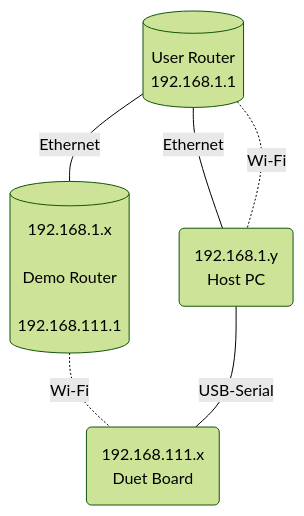
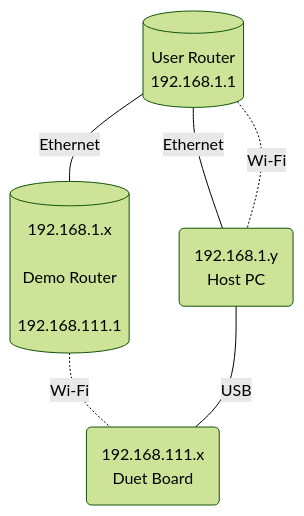
Before and after one commit to Duet3D/MQTT-WPA2-Enterprise-Demo: the diagram in README.md, drawn with Mermaid (forest theme). The commit also changed 1 other file, not shown here.

Commit message:
Some small adjustment to MQTT readme

````diff
--- a/README.md
+++ b/README.md
@@ -21,8 +21,8 @@
 ```mermaid
 graph TD
  user[(<center>User Router<br>192.168.1.1</center>)]---|Ethernet|demo[(<center>192.168.1.x<br><br>Demo Router<br><br>192.168.111.1</center>)]
  demo-.-|Wi-Fi|duet(<center>192.168.111.x<br>Duet Board</center>)
  user---|Ethernet|pc(<center>192.168.1.y<br>Host PC</center>)
  user-.-|Wi-Fi|pc
- pc---|USB-Serial|duet
+ pc---|USB|duet
 ```
````
